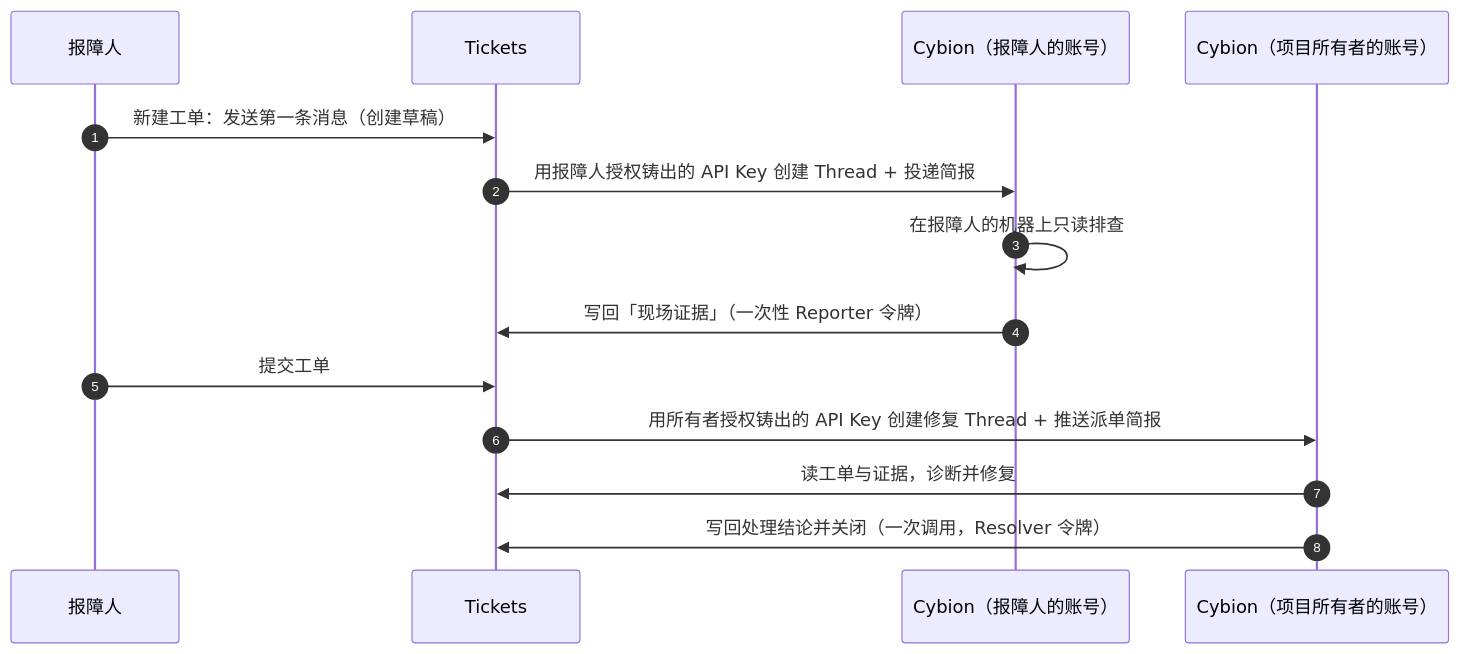
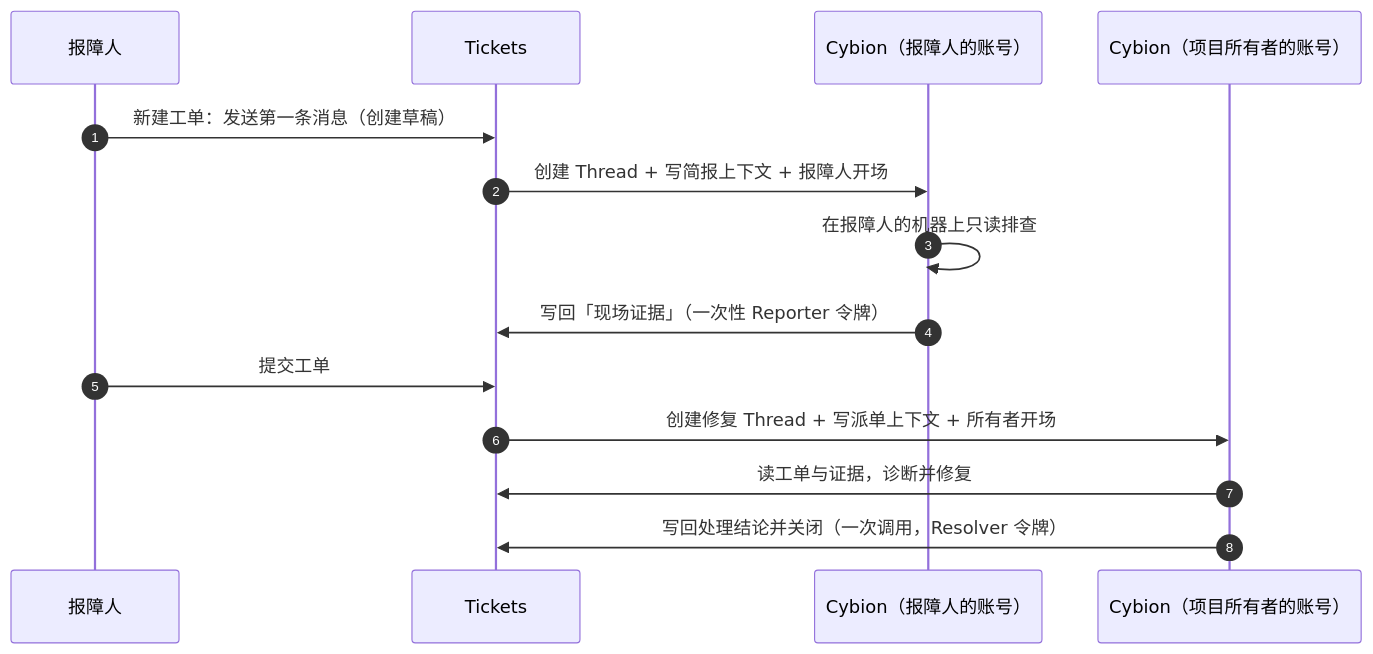
The first of 2 diagrams in README.md (zccz14/tickets), drawn with Mermaid before and after one commit. The commit also changed 10 other files, not shown here.

````diff
--- a/README.md
+++ b/README.md
@@ -13,17 +13,17 @@
 ```mermaid
 sequenceDiagram
     autonumber
     participant R as 报障人
     participant T as Tickets
     participant C as Cybion（报障人的账号）
     participant X as Cybion（项目所有者的账号）
 
     R->>T: 新建工单：发送第一条消息（创建草稿）
-    T->>C: 用报障人授权铸出的 API Key 创建 Thread + 投递简报
+    T->>C: 创建 Thread + 写简报上下文 + 报障人开场
     C->>C: 在报障人的机器上只读排查
     C->>T: 写回「现场证据」（一次性 Reporter 令牌）
     R->>T: 提交工单
-    T->>X: 用所有者授权铸出的 API Key 创建修复 Thread + 推送派单简报
+    T->>X: 创建修复 Thread + 写派单上下文 + 所有者开场
     X->>T: 读工单与证据，诊断并修复
     X->>T: 写回处理结论并关闭（一次调用，Resolver 令牌）
 ```
````
